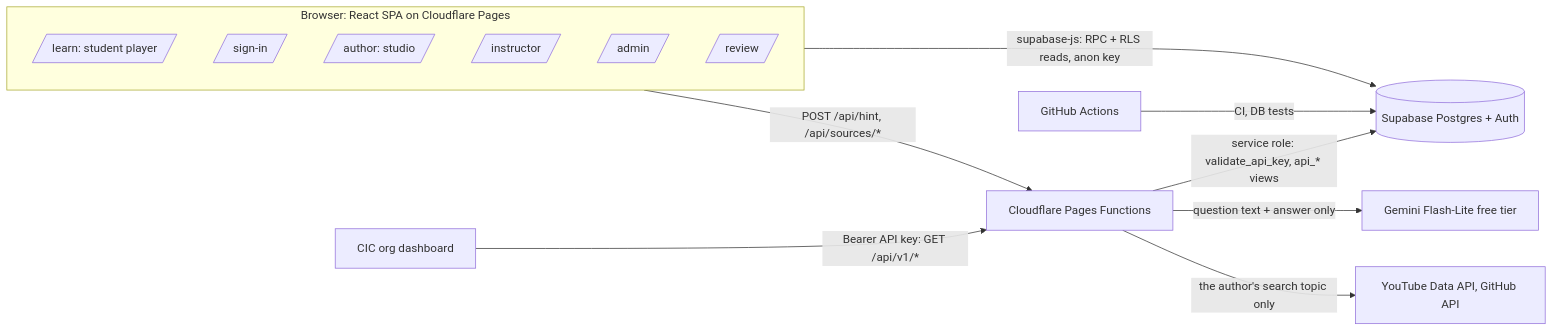
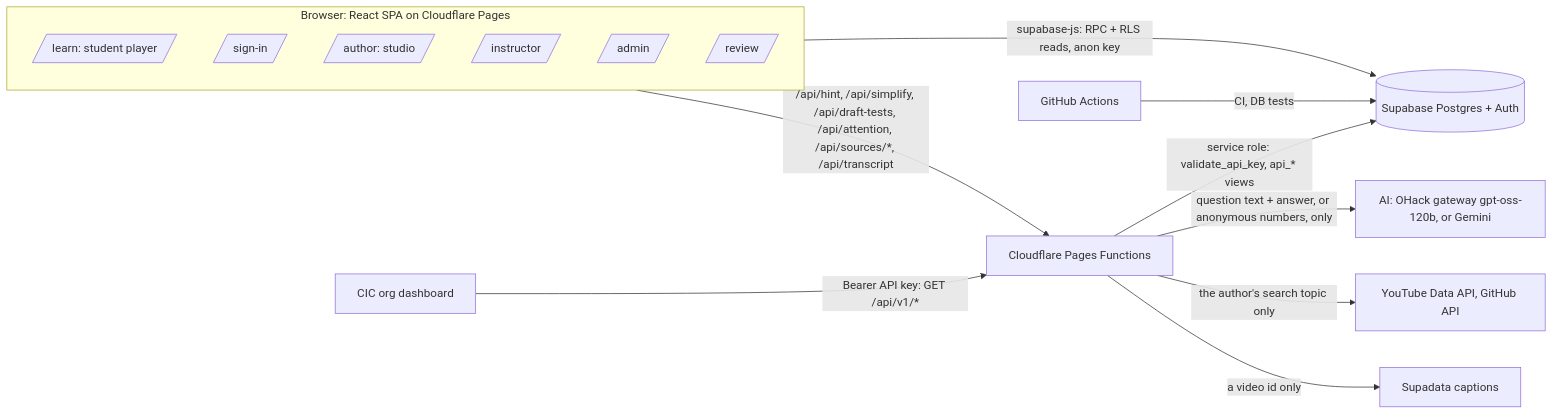
The diagram in README.md (2026-Arizona-Opportunity-Hack/DJKKU-CodinginColor), drawn with Mermaid before and after one commit. The commit also changed other lines of this file and 4 other files, not shown here.

````diff
--- a/README.md
+++ b/README.md
@@ -119,18 +123,19 @@
 ```mermaid
 flowchart LR
   subgraph Browser [Browser: React SPA on Cloudflare Pages]
     P[/learn: student player/]
     S[/sign-in/]
     A[/author: studio/]
     I[/instructor/]
     AD[/admin/]
     R[/review/]
   end
   Browser -->|supabase-js: RPC + RLS reads, anon key| DB[(Supabase Postgres + Auth)]
-  Browser -->|POST /api/hint, /api/sources/*| F[Cloudflare Pages Functions]
+  Browser -->|/api/hint, /api/simplify, /api/draft-tests, /api/attention, /api/sources/*, /api/transcript| F[Cloudflare Pages Functions]
   CIC[CIC org dashboard] -->|Bearer API key: GET /api/v1/*| F
   F -->|service role: validate_api_key, api_* views| DB
-  F -->|question text + answer only| G[Gemini Flash-Lite free tier]
+  F -->|question text + answer, or anonymous numbers, only| G[AI: OHack gateway gpt-oss-120b, or Gemini]
   F -->|the author's search topic only| SRC[YouTube Data API, GitHub API]
+  F -->|a video id only| SUP[Supadata captions]
   GH[GitHub Actions] -->|CI, DB tests| DB
 ```
````
